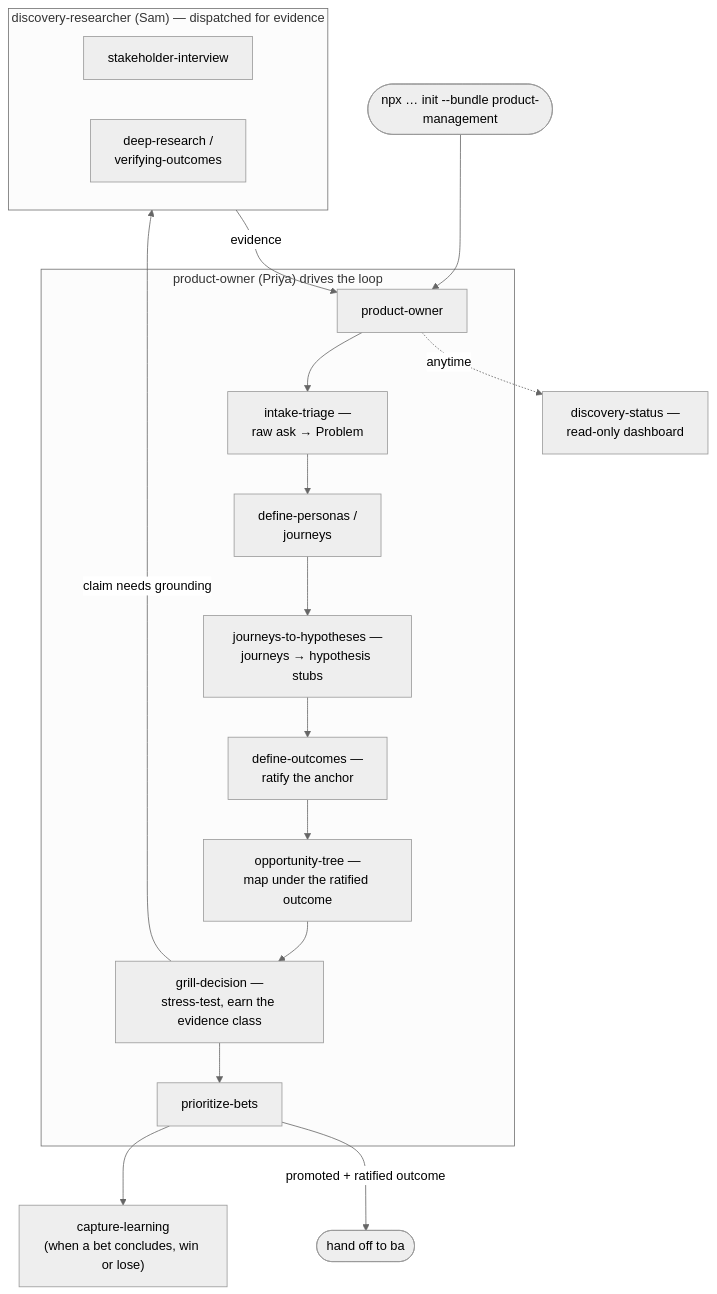
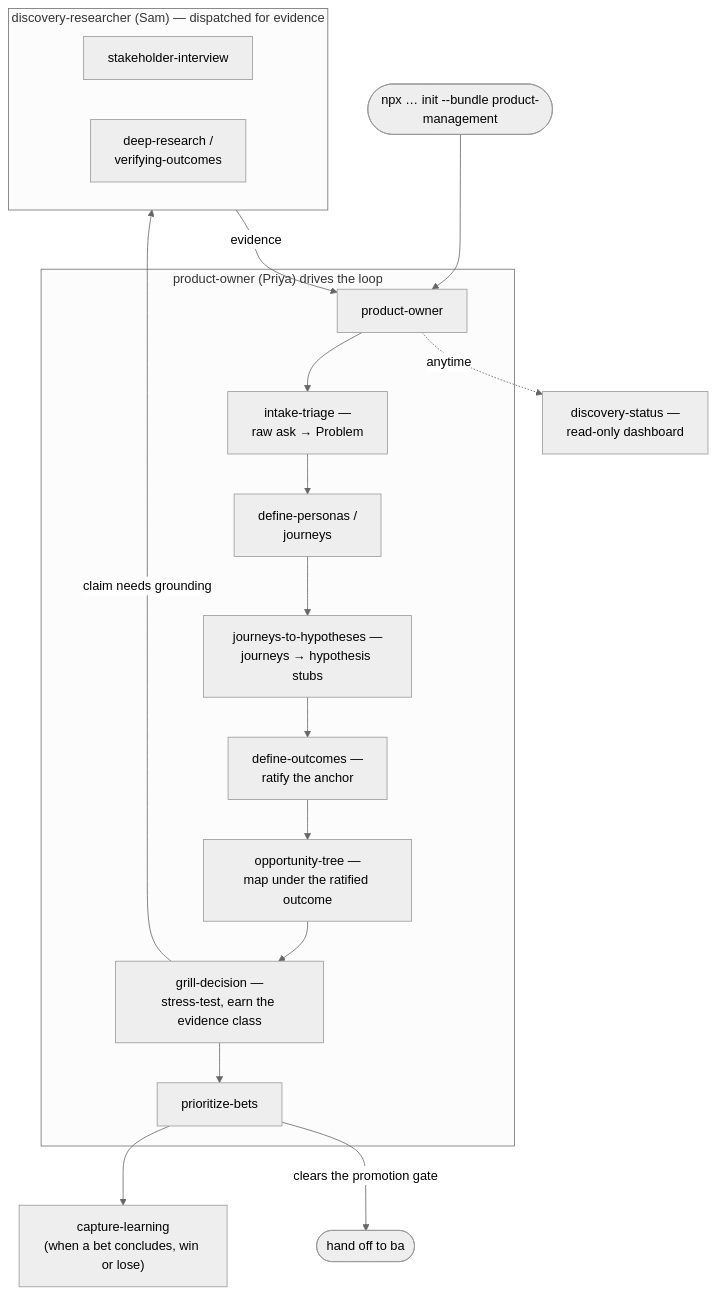
One commit to arozumenko/sdlc-skills changed the diagram in bundles/product-management/README.md. Above: the diagram before and after it, drawn with Mermaid (neutral theme). The commit also changed other lines of this file and 15 other files, not shown here.

````diff
--- a/bundles/product-management/README.md
+++ b/bundles/product-management/README.md
@@ -45,29 +45,29 @@
 ```mermaid
 flowchart TD
     install(["npx … init --bundle product-management"]) --> po
 
     subgraph loop["product-owner (Priya) drives the loop"]
         po["product-owner"]
         intake["intake-triage —<br/>raw ask → Problem"]
         personas["define-personas /<br/>journeys"]
         hyp["journeys-to-hypotheses —<br/>journeys → hypothesis stubs"]
         anchor["define-outcomes —<br/>ratify the anchor"]
         tree["opportunity-tree —<br/>map under the ratified outcome"]
         grill["grill-decision —<br/>stress-test, earn the evidence class"]
         rank["prioritize-bets"]
         po --> intake --> personas --> hyp --> anchor --> tree --> grill --> rank
     end
 
     subgraph research["discovery-researcher (Sam) — dispatched for evidence"]
         interview["stakeholder-interview"]
         deep["deep-research /<br/>verifying-outcomes"]
     end
 
     grill -->|"claim needs grounding"| research
     research -->|"evidence"| po
 
     rank --> learn["capture-learning<br/>(when a bet concludes, win or lose)"]
     po -.->|"anytime"| status["discovery-status —<br/>read-only dashboard"]
 
-    rank -->|"promoted + ratified outcome"| ba(["hand off to ba"])
+    rank -->|"clears the promotion gate"| ba(["hand off to ba"])
 ```
````
